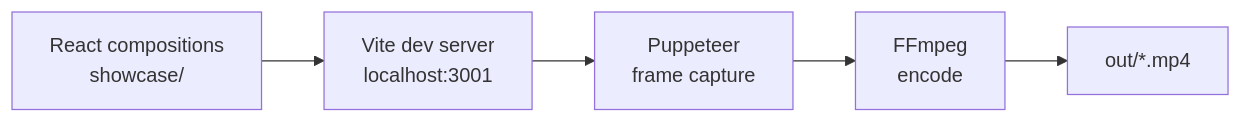
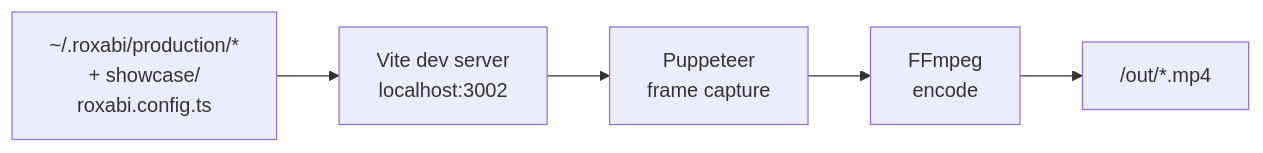
Before and after one commit to Roxabi/roxabi-production: the diagram in README.md, drawn with Mermaid. The commit also changed other lines of this file and 1 other file, not shown here.

First line of the commit message:
docs(readme): update for production externalization + Vite 8

````diff
--- a/README.md
+++ b/README.md
@@ -25,7 +29,7 @@
 ```mermaid
 flowchart LR
-  A[React compositions<br>showcase/] --> B[Vite dev server<br>localhost:3001]
+  A[~/.roxabi/production/*<br>+ showcase/<br>roxabi.config.ts] --> B[Vite dev server<br>localhost:3002]
   B --> C[Puppeteer<br>frame capture]
   C --> D[FFmpeg<br>encode]
-  D --> E[out/*.mp4]
+  D --> E[<production>/out/*.mp4]
 ```
````
